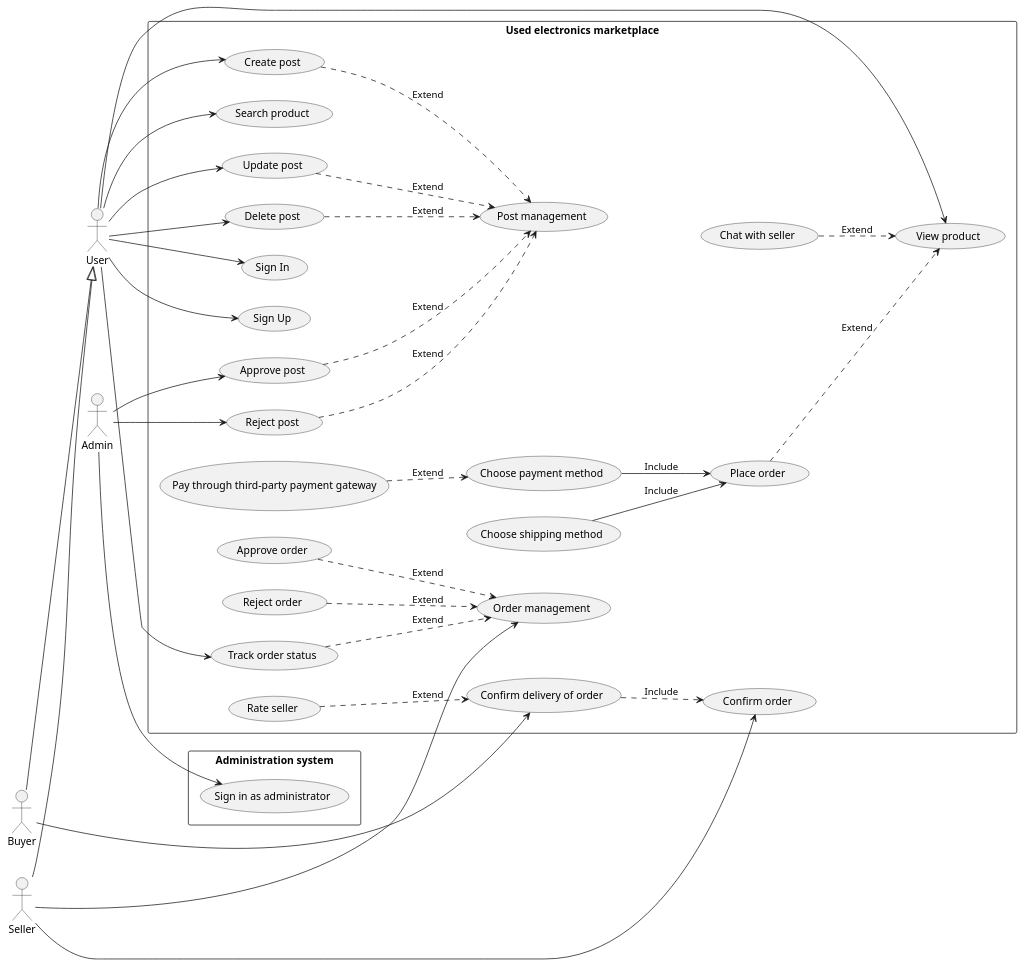
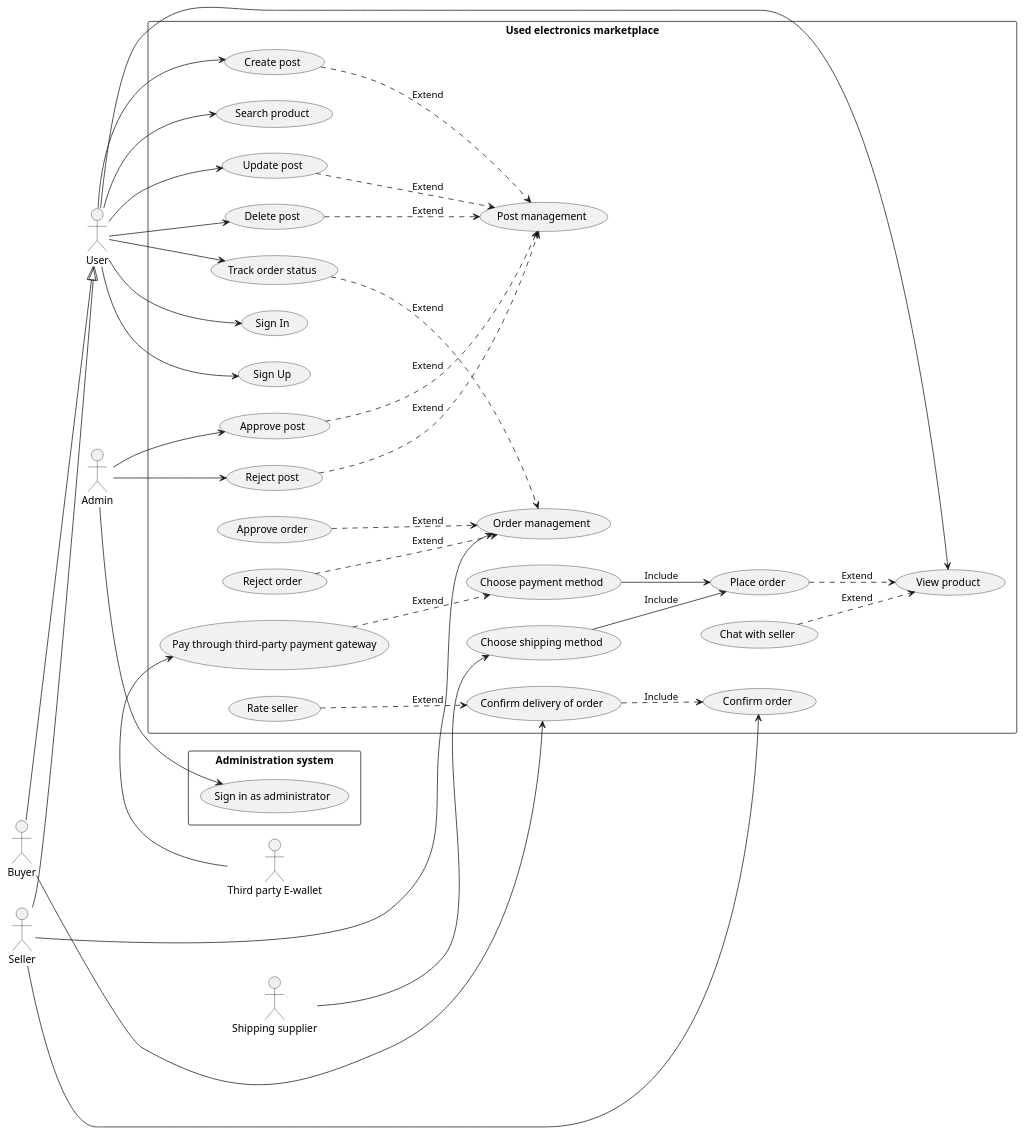
Before and after one commit to doublek2712/SE357-Pratice-class: the diagram in Lab 1.2/puml-code/usecase.puml, drawn with PlantUML. The commit also changed 1 other file, not shown here.

```diff
--- a/Lab 1.2/puml-code/usecase.puml
+++ b/Lab 1.2/puml-code/usecase.puml
@@ -1,45 +1,49 @@
 @startuml
 left to right direction
 skinparam packageStyle rectangle
 actor User
 actor Admin
 actor Buyer
 actor Seller
+actor "Shipping supplier"
+actor "Third party E-wallet"
 rectangle "Used electronics marketplace" {
     User --> (Sign In)
     User --> (Sign Up)
     User --> (View product)
     User --> (Search product)
     (Create post) ..> (Post management): Extend
     (Update post) ..> (Post management): Extend
     (Delete post) ..> (Post management): Extend
     (Approve post) ..> (Post management): Extend
     (Reject post) ..> (Post management): Extend
     (Chat with seller) ..> (View product): Extend
     (Place order) ..> (View product): Extend
     (Choose payment method) --> (Place order): Include
     (Choose shipping method) --> (Place order): Include
+    "Shipping supplier" --> (Choose shipping method)
     (Pay through third-party payment gateway) ..> (Choose payment method): Extend
+    "Third party E-wallet" -> (Pay through third-party payment gateway)
     User --> (Create post)
     User --> (Update post)
     User --> (Delete post)
     Admin --> (Approve post)
     Admin --> (Reject post)
     (Approve order) ..> (Order management): Extend
     (Reject order) ..> (Order management): Extend
     (Track order status) ..> (Order management): Extend
     Seller --> (Order management)
     User --> (Track order status)
     Buyer --> (Confirm delivery of order)
     (Rate seller) ..> (Confirm delivery of order): Extend
     Seller --> (Confirm order)
     (Confirm delivery of order) ..> (Confirm order): Include
 }
 rectangle "Administration system"{
     Admin --> (Sign in as administrator)
 }
 
 Buyer --|> User
 Seller --|> User
 
 @enduml
```
